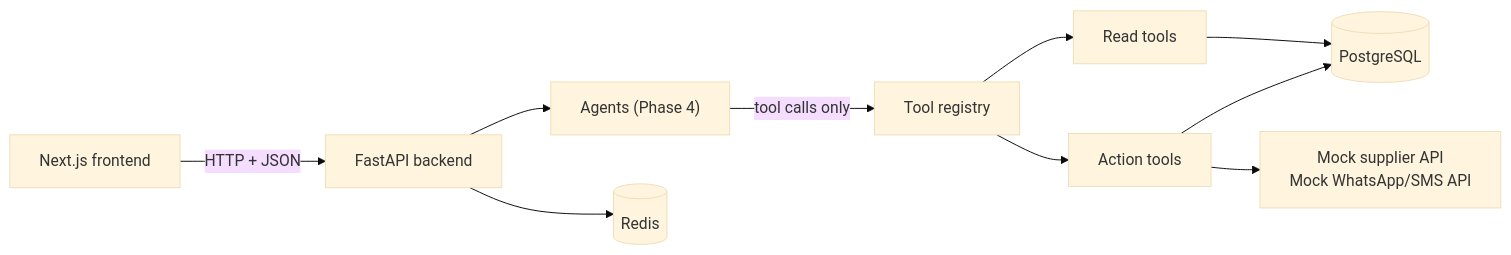
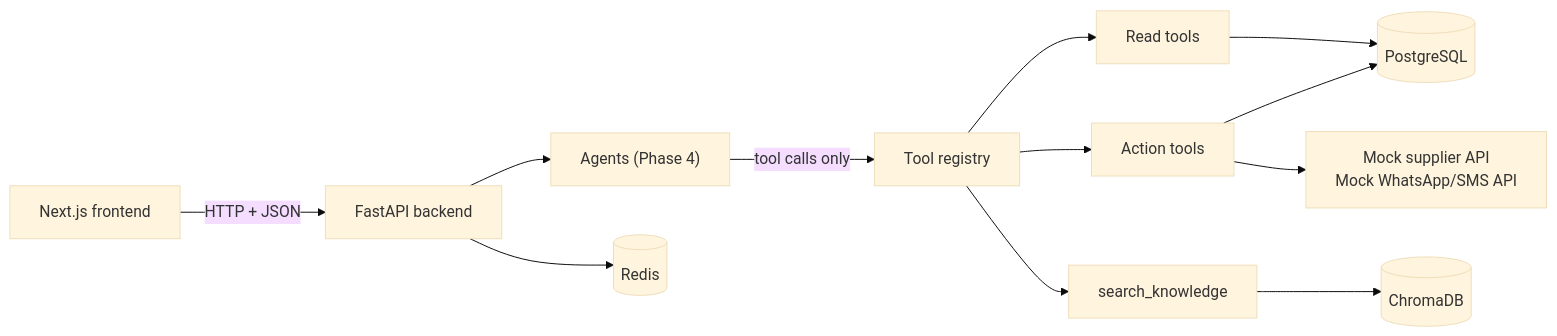
Before and after one commit to maharshi566/ORM_AI: the first of 3 diagrams in docs/how-it-works.md, drawn with Mermaid (base theme). The commit also changed other lines of this file and 41 other files, not shown here.

````diff
--- a/docs/how-it-works.md
+++ b/docs/how-it-works.md
@@ -17,12 +18,14 @@
 ```mermaid
 flowchart LR
     UI[Next.js frontend] -->|HTTP + JSON| API[FastAPI backend]
     API --> AG["Agents (Phase 4)"]
     AG -->|tool calls only| REG[Tool registry]
     REG --> RT[Read tools]
     REG --> AT[Action tools]
+    REG --> KT[search_knowledge]
     RT --> DB[(PostgreSQL)]
     AT --> DB
     AT --> EXT[Mock supplier API<br/>Mock WhatsApp/SMS API]
+    KT --> CH[(ChromaDB)]
     API --> RD[(Redis)]
 ```
````
